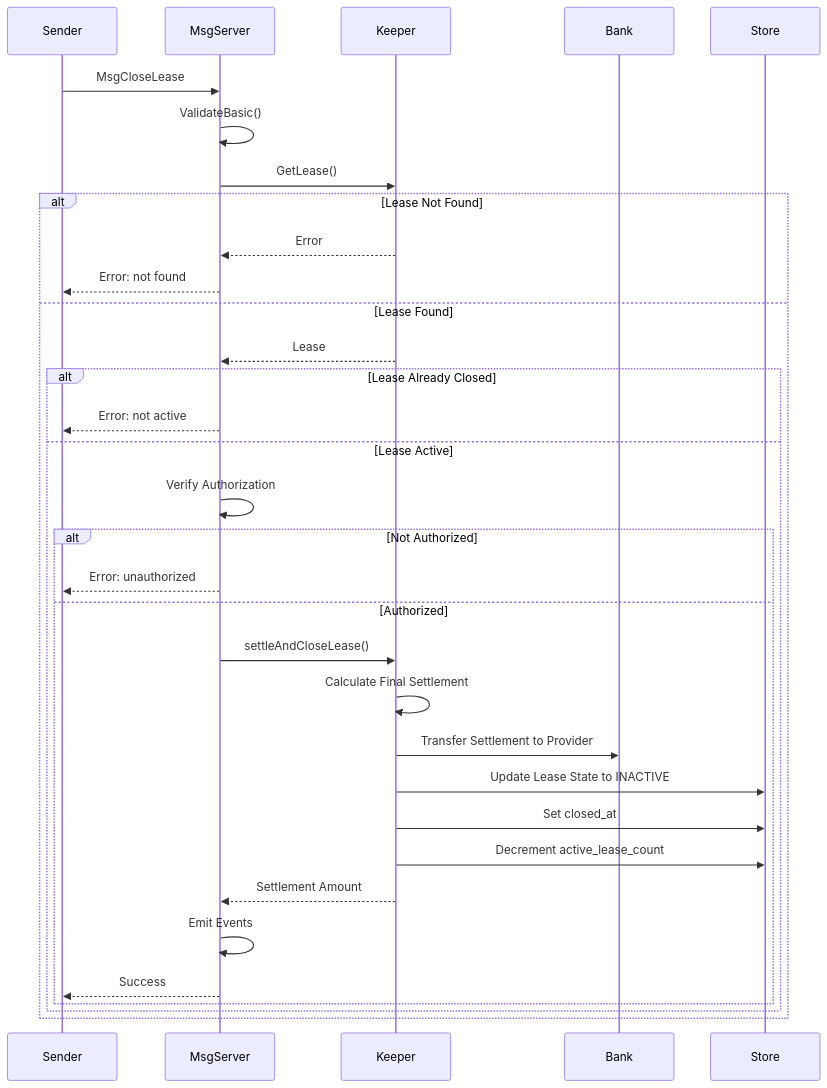
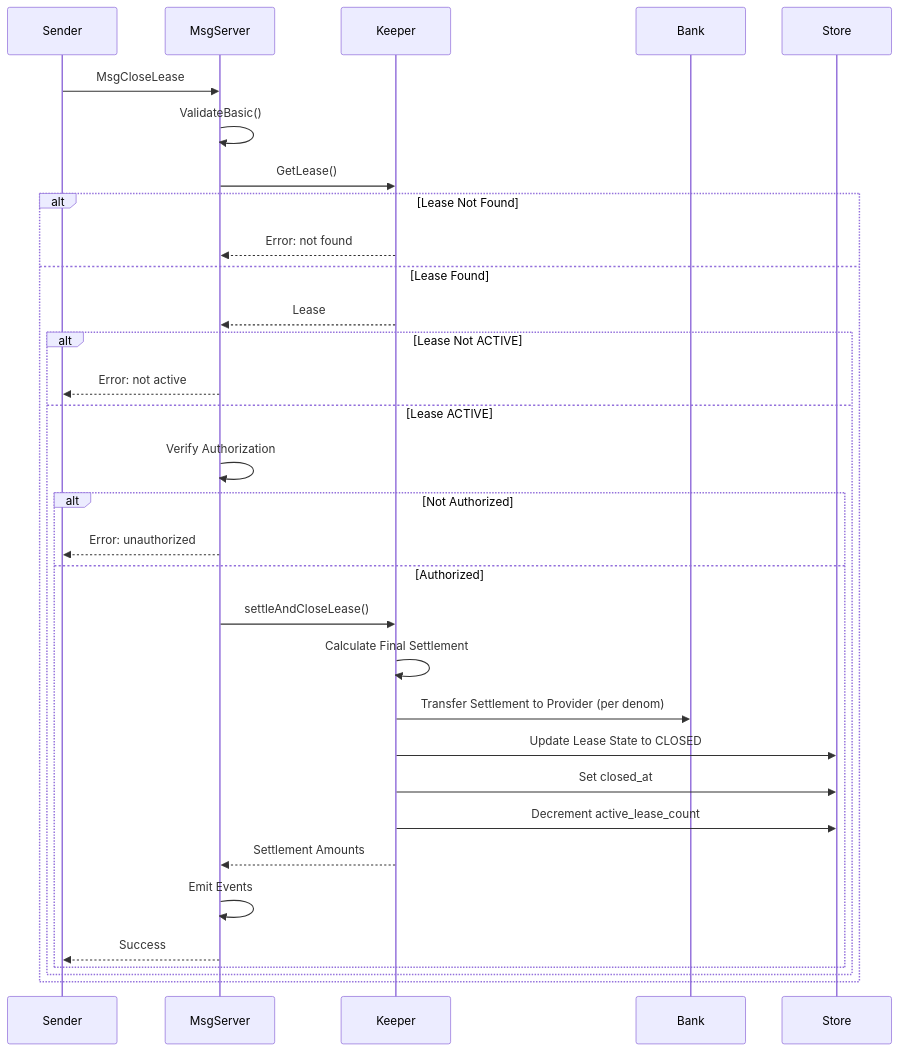
One commit to manifest-network/manifest-ledger changed the tenth of 12 diagrams in x/billing/docs/ARCHITECTURE.md. Above: the diagram before and after it, drawn with Mermaid. The commit also changed other lines of this file and 26 other files, not shown here.

````diff
--- a/x/billing/docs/ARCHITECTURE.md
+++ b/x/billing/docs/ARCHITECTURE.md
@@ -287,38 +401,37 @@
 ```mermaid
 sequenceDiagram
     participant Sender
     participant MsgServer
     participant Keeper
     participant Bank
     participant Store
     
     Sender->>MsgServer: MsgCloseLease
     MsgServer->>MsgServer: ValidateBasic()
     MsgServer->>Keeper: GetLease()
     
     alt Lease Not Found
-        Keeper-->>MsgServer: Error
-        MsgServer-->>Sender: Error: not found
+        Keeper-->>MsgServer: Error: not found
     else Lease Found
         Keeper-->>MsgServer: Lease
         
-        alt Lease Already Closed
+        alt Lease Not ACTIVE
             MsgServer-->>Sender: Error: not active
-        else Lease Active
+        else Lease ACTIVE
             MsgServer->>MsgServer: Verify Authorization
             alt Not Authorized
                 MsgServer-->>Sender: Error: unauthorized
             else Authorized
                 MsgServer->>Keeper: settleAndCloseLease()
                 Keeper->>Keeper: Calculate Final Settlement
-                Keeper->>Bank: Transfer Settlement to Provider
-                Keeper->>Store: Update Lease State to INACTIVE
+                Keeper->>Bank: Transfer Settlement to Provider (per denom)
+                Keeper->>Store: Update Lease State to CLOSED
                 Keeper->>Store: Set closed_at
                 Keeper->>Store: Decrement active_lease_count
-                Keeper-->>MsgServer: Settlement Amount
+                Keeper-->>MsgServer: Settlement Amounts
                 MsgServer->>MsgServer: Emit Events
                 MsgServer-->>Sender: Success
             end
         end
     end
 ```
````
